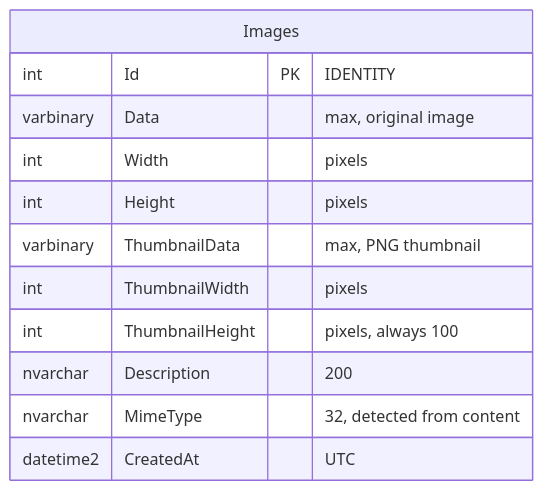
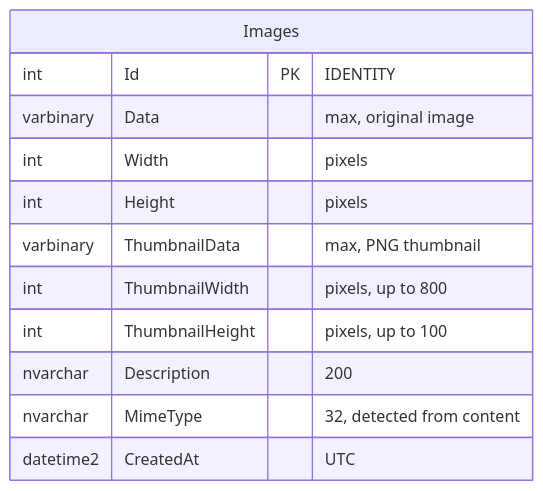
Before and after one commit to Fujiwo/Shos.ImageUploadSample: the second of 3 diagrams in README.md, drawn with Mermaid. The commit also changed other lines of this file and 3 other files, not shown here.

````diff
--- a/README.md
+++ b/README.md
@@ -141,15 +141,15 @@
 ```mermaid
 erDiagram
     Images {
         int Id PK "IDENTITY"
         varbinary Data "max, original image"
         int Width "pixels"
         int Height "pixels"
         varbinary ThumbnailData "max, PNG thumbnail"
-        int ThumbnailWidth "pixels"
-        int ThumbnailHeight "pixels, always 100"
+        int ThumbnailWidth "pixels, up to 800"
+        int ThumbnailHeight "pixels, up to 100"
         nvarchar Description "200"
         nvarchar MimeType "32, detected from content"
         datetime2 CreatedAt "UTC"
     }
 ```
````
